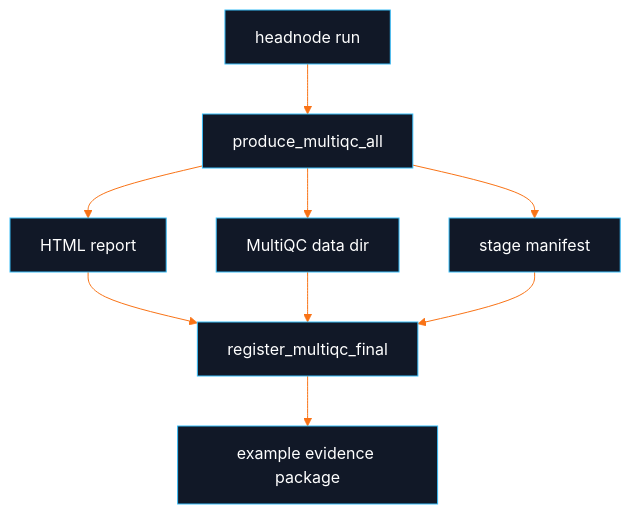
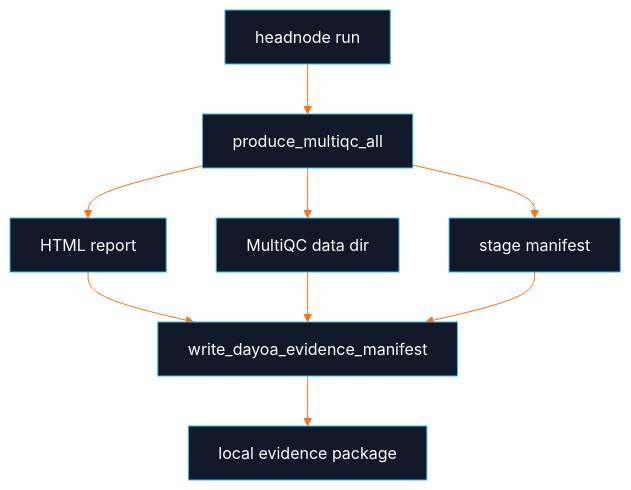
Before and after one commit to Daylily-Informatics/daylily-omics-analysis: the diagram in docs/examples/multiqc/README.md, drawn with Mermaid. The commit also changed other lines of this file and 25 other files, not shown here.

Commit message:
Emit DayOA local evidence manifest

````diff
--- a/docs/examples/multiqc/README.md
+++ b/docs/examples/multiqc/README.md
@@ -53,12 +51,12 @@
 ```mermaid
 %%{init: {"theme":"base","themeVariables":{"primaryColor":"#111827","primaryTextColor":"#ffffff","primaryBorderColor":"#38bdf8","lineColor":"#f97316","secondaryColor":"#14532d","tertiaryColor":"#581c87","fontFamily":"Inter,Arial,sans-serif"}}}%%
 flowchart TD
   A["headnode run"] --> B["produce_multiqc_all"]
   B --> C["HTML report"]
   B --> D["MultiQC data dir"]
   B --> E["stage manifest"]
-  C --> F["register_multiqc_final"]
+  C --> F["write_dayoa_evidence_manifest"]
   D --> F
   E --> F
-  F --> G["example evidence package"]
+  F --> G["local evidence package"]
 ```
````
